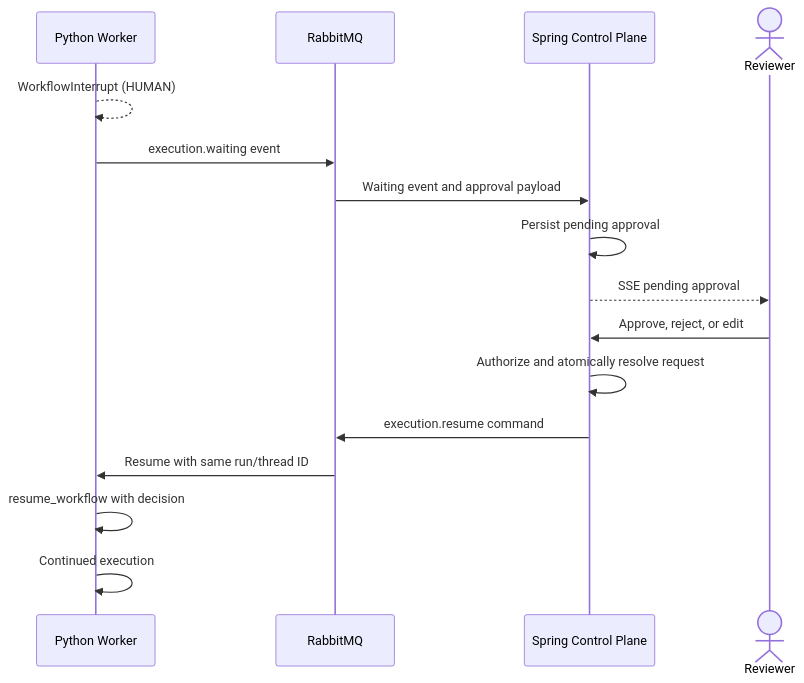
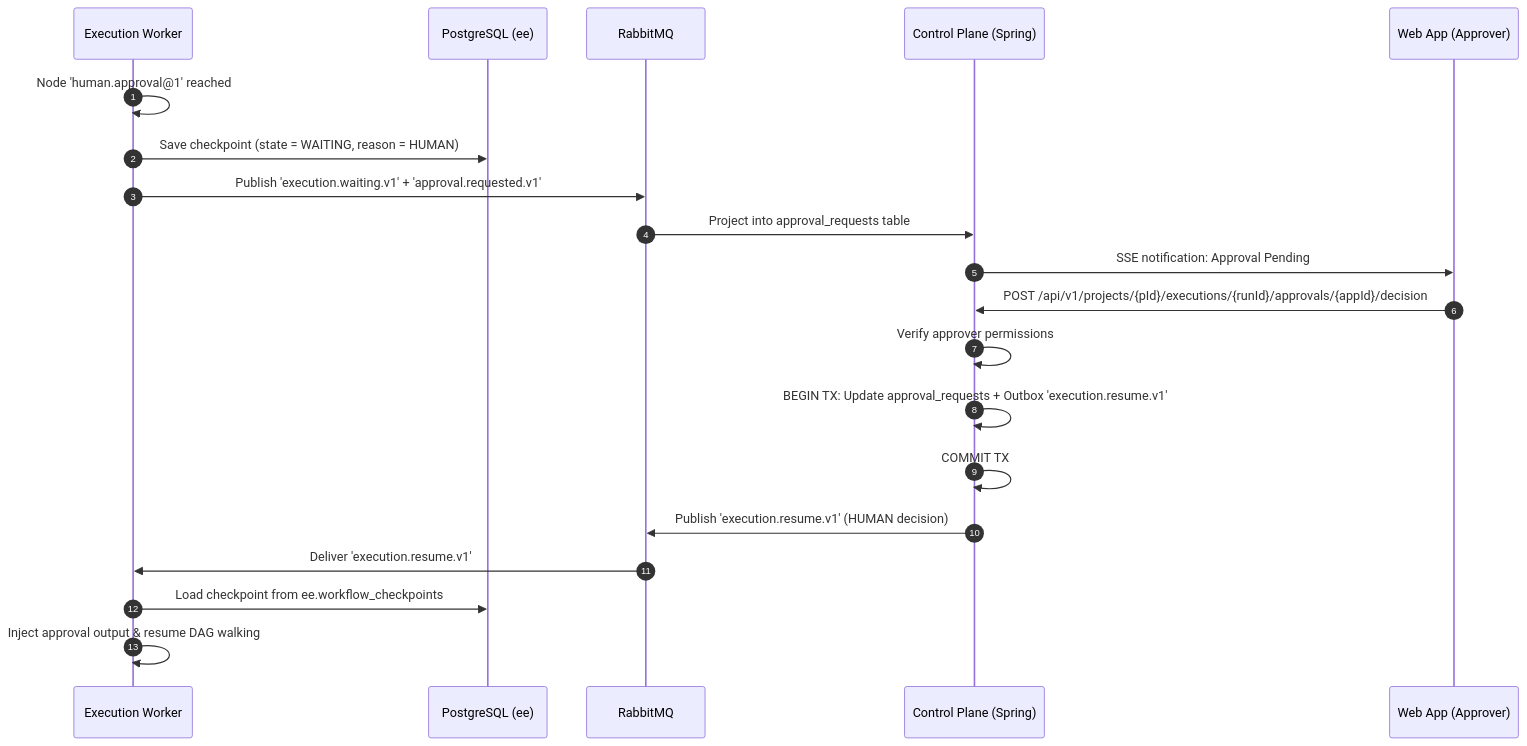
Before and after one commit to ShriNarayanPandey01/Ai_Workflow: the fourth of 5 diagrams in design/HLD.md, drawn with Mermaid. The commit also changed other lines of this file and 17 other files, not shown here.

````diff
--- a/design/HLD.md
+++ b/design/HLD.md
@@ -282,19 +196,26 @@
 ```mermaid
 sequenceDiagram
-    participant PY as Python Worker
+    autonumber
+    participant EW as Execution Worker
+    participant EEDB as PostgreSQL (ee)
     participant MQ as RabbitMQ
-    participant CP as Spring Control Plane
-    actor Reviewer
+    participant CP as Control Plane (Spring)
+    participant Web as Web App (Approver)
 
-    PY-->>PY: WorkflowInterrupt (HUMAN)
-    PY->>MQ: execution.waiting event
-    MQ->>CP: Waiting event and approval payload
-    CP->>CP: Persist pending approval
-    CP-->>Reviewer: SSE pending approval
-    Reviewer->>CP: Approve, reject, or edit
-    CP->>CP: Authorize and atomically resolve request
-    CP->>MQ: execution.resume command
-    MQ->>PY: Resume with same run/thread ID
-    PY->>PY: resume_workflow with decision
-    PY->>PY: Continued execution
+    EW->>EW: Node 'human.approval@1' reached
+    EW->>EEDB: Save checkpoint (state = WAITING, reason = HUMAN)
+    EW->>MQ: Publish 'execution.waiting.v1' + 'approval.requested.v1'
+    
+    MQ->>CP: Project into approval_requests table
+    CP->>Web: SSE notification: Approval Pending
+    
+    Web->>CP: POST /api/v1/projects/{pId}/executions/{runId}/approvals/{appId}/decision
+    CP->>CP: Verify approver permissions
+    CP->>CP: BEGIN TX: Update approval_requests + Outbox 'execution.resume.v1'
+    CP->>CP: COMMIT TX
+    
+    CP->>MQ: Publish 'execution.resume.v1' (HUMAN decision)
+    MQ->>EW: Deliver 'execution.resume.v1'
+    EW->>EEDB: Load checkpoint from ee.workflow_checkpoints
+    EW->>EW: Inject approval output & resume DAG walking
 ```
````
